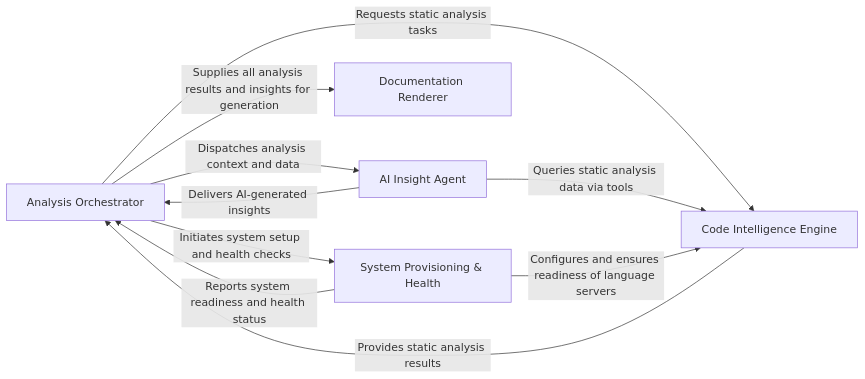
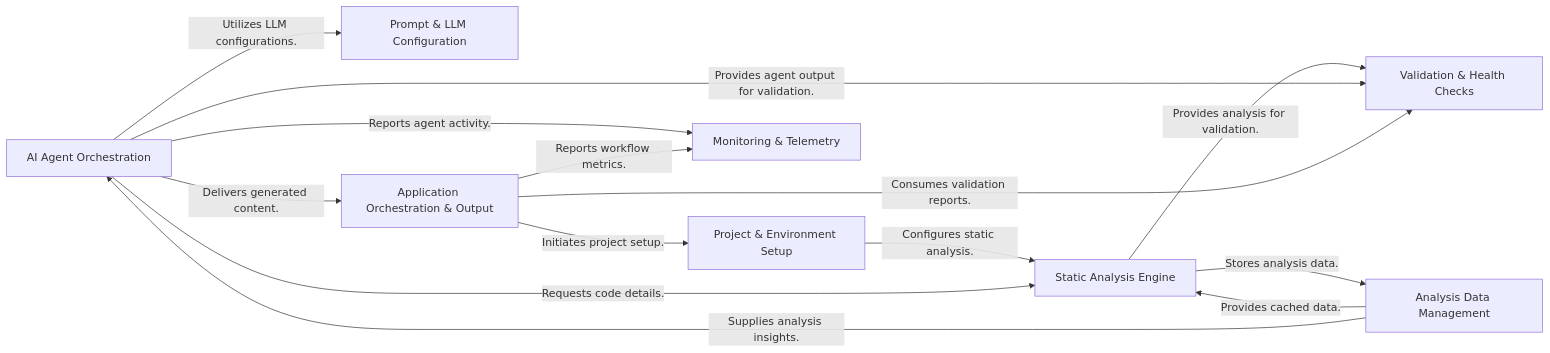
Before and after one commit to CodeBoarding/CodeBoarding: the diagram in .codeboarding/overview.md, drawn with Mermaid. The commit also changed other lines of this file and 18 other files, not shown here.

First line of the commit message:
docs: update codeboarding documentation and generate architecture

````diff
--- a/.codeboarding/overview.md
+++ b/.codeboarding/overview.md
@@ -1,22 +1,32 @@
 ```mermaid
 graph LR
-    Analysis_Orchestrator["Analysis Orchestrator"]
-    Code_Intelligence_Engine["Code Intelligence Engine"]
-    AI_Insight_Agent["AI Insight Agent"]
-    Documentation_Renderer["Documentation Renderer"]
-    System_Provisioning_Health["System Provisioning & Health"]
-    Analysis_Orchestrator -- "Requests static analysis tasks" --> Code_Intelligence_Engine
-    Code_Intelligence_Engine -- "Provides static analysis results" --> Analysis_Orchestrator
-    Analysis_Orchestrator -- "Dispatches analysis context and data" --> AI_Insight_Agent
-    AI_Insight_Agent -- "Delivers AI-generated insights" --> Analysis_Orchestrator
-    AI_Insight_Agent -- "Queries static analysis data via tools" --> Code_Intelligence_Engine
-    Analysis_Orchestrator -- "Supplies all analysis results and insights for generation" --> Documentation_Renderer
-    Analysis_Orchestrator -- "Initiates system setup and health checks" --> System_Provisioning_Health
-    System_Provisioning_Health -- "Reports system readiness and health status" --> Analysis_Orchestrator
-    System_Provisioning_Health -- "Configures and ensures readiness of language servers" --> Code_Intelligence_Engine
-    click Analysis_Orchestrator href "https://github.com/CodeBoarding/CodeBoarding/blob/main/.codeboarding/Analysis_Orchestrator.md" "Details"
-    click Code_Intelligence_Engine href "https://github.com/CodeBoarding/CodeBoarding/blob/main/.codeboarding/Code_Intelligence_Engine.md" "Details"
-    click AI_Insight_Agent href "https://github.com/CodeBoarding/CodeBoarding/blob/main/.codeboarding/AI_Insight_Agent.md" "Details"
-    click Documentation_Renderer href "https://github.com/CodeBoarding/CodeBoarding/blob/main/.codeboarding/Documentation_Renderer.md" "Details"
-    click System_Provisioning_Health href "https://github.com/CodeBoarding/CodeBoarding/blob/main/.codeboarding/System_Provisioning_Health.md" "Details"
+    AI_Agent_Orchestration["AI Agent Orchestration"]
+    Prompt_LLM_Configuration["Prompt & LLM Configuration"]
+    Static_Analysis_Engine["Static Analysis Engine"]
+    Analysis_Data_Management["Analysis Data Management"]
+    Project_Environment_Setup["Project & Environment Setup"]
+    Application_Orchestration_Output["Application Orchestration & Output"]
+    Validation_Health_Checks["Validation & Health Checks"]
+    Monitoring_Telemetry["Monitoring & Telemetry"]
+    Application_Orchestration_Output -- "Initiates project setup." --> Project_Environment_Setup
+    Project_Environment_Setup -- "Configures static analysis." --> Static_Analysis_Engine
+    Static_Analysis_Engine -- "Stores analysis data." --> Analysis_Data_Management
+    Analysis_Data_Management -- "Provides cached data." --> Static_Analysis_Engine
+    Analysis_Data_Management -- "Supplies analysis insights." --> AI_Agent_Orchestration
+    AI_Agent_Orchestration -- "Requests code details." --> Static_Analysis_Engine
+    AI_Agent_Orchestration -- "Utilizes LLM configurations." --> Prompt_LLM_Configuration
+    AI_Agent_Orchestration -- "Delivers generated content." --> Application_Orchestration_Output
+    Static_Analysis_Engine -- "Provides analysis for validation." --> Validation_Health_Checks
+    AI_Agent_Orchestration -- "Provides agent output for validation." --> Validation_Health_Checks
+    Application_Orchestration_Output -- "Consumes validation reports." --> Validation_Health_Checks
+    AI_Agent_Orchestration -- "Reports agent activity." --> Monitoring_Telemetry
+    Application_Orchestration_Output -- "Reports workflow metrics." --> Monitoring_Telemetry
+    click AI_Agent_Orchestration href "https://github.com/CodeBoarding/CodeBoarding/blob/main/.codeboarding/AI_Agent_Orchestration.md" "Details"
+    click Prompt_LLM_Configuration href "https://github.com/CodeBoarding/CodeBoarding/blob/main/.codeboarding/Prompt_LLM_Configuration.md" "Details"
+    click Static_Analysis_Engine href "https://github.com/CodeBoarding/CodeBoarding/blob/main/.codeboarding/Static_Analysis_Engine.md" "Details"
+    click Analysis_Data_Management href "https://github.com/CodeBoarding/CodeBoarding/blob/main/.codeboarding/Analysis_Data_Management.md" "Details"
+    click Project_Environment_Setup href "https://github.com/CodeBoarding/CodeBoarding/blob/main/.codeboarding/Project_Environment_Setup.md" "Details"
+    click Application_Orchestration_Output href "https://github.com/CodeBoarding/CodeBoarding/blob/main/.codeboarding/Application_Orchestration_Output.md" "Details"
+    click Validation_Health_Checks href "https://github.com/CodeBoarding/CodeBoarding/blob/main/.codeboarding/Validation_Health_Checks.md" "Details"
+    click Monitoring_Telemetry href "https://github.com/CodeBoarding/CodeBoarding/blob/main/.codeboarding/Monitoring_Telemetry.md" "Details"
 ```
````
